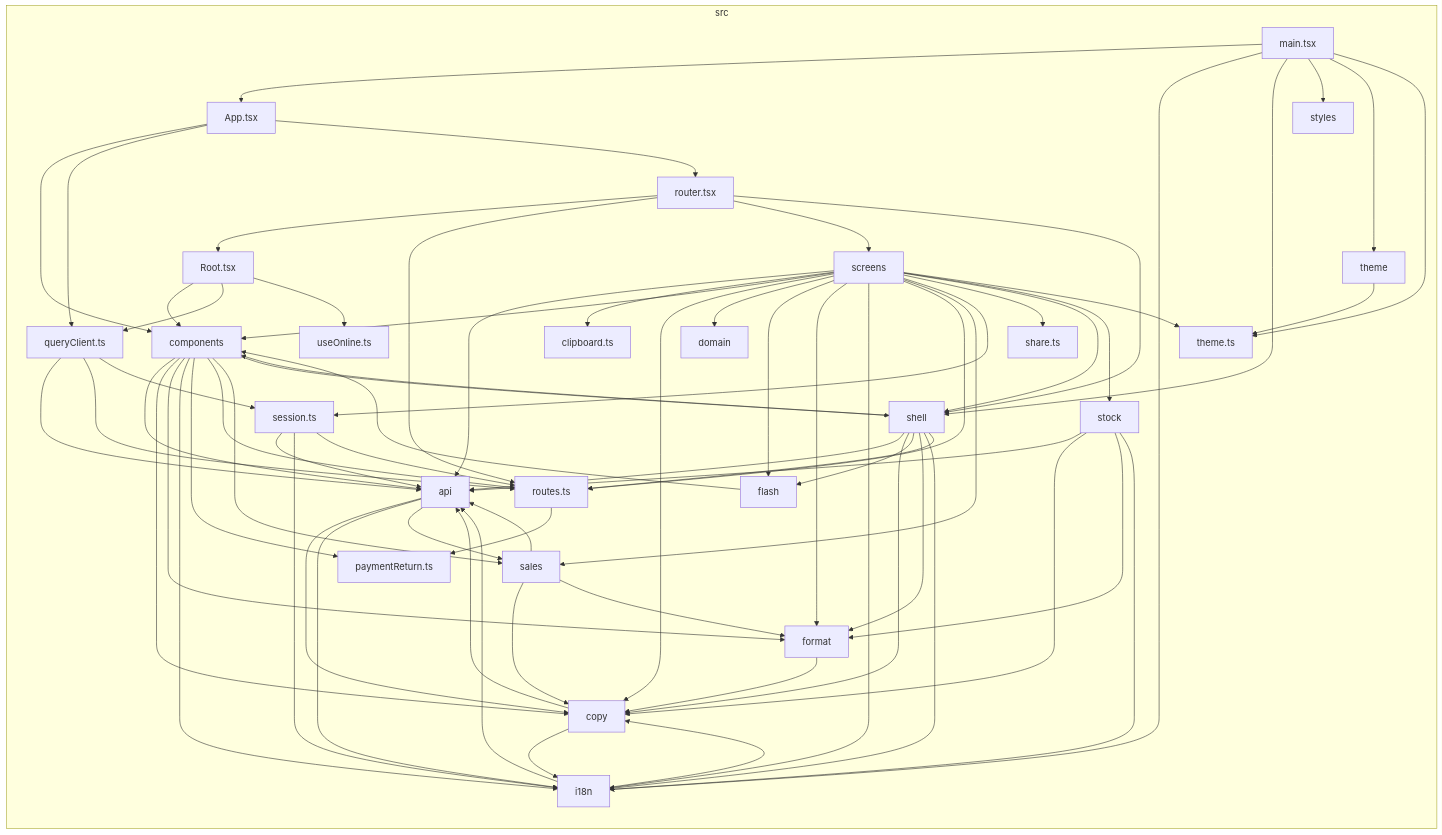
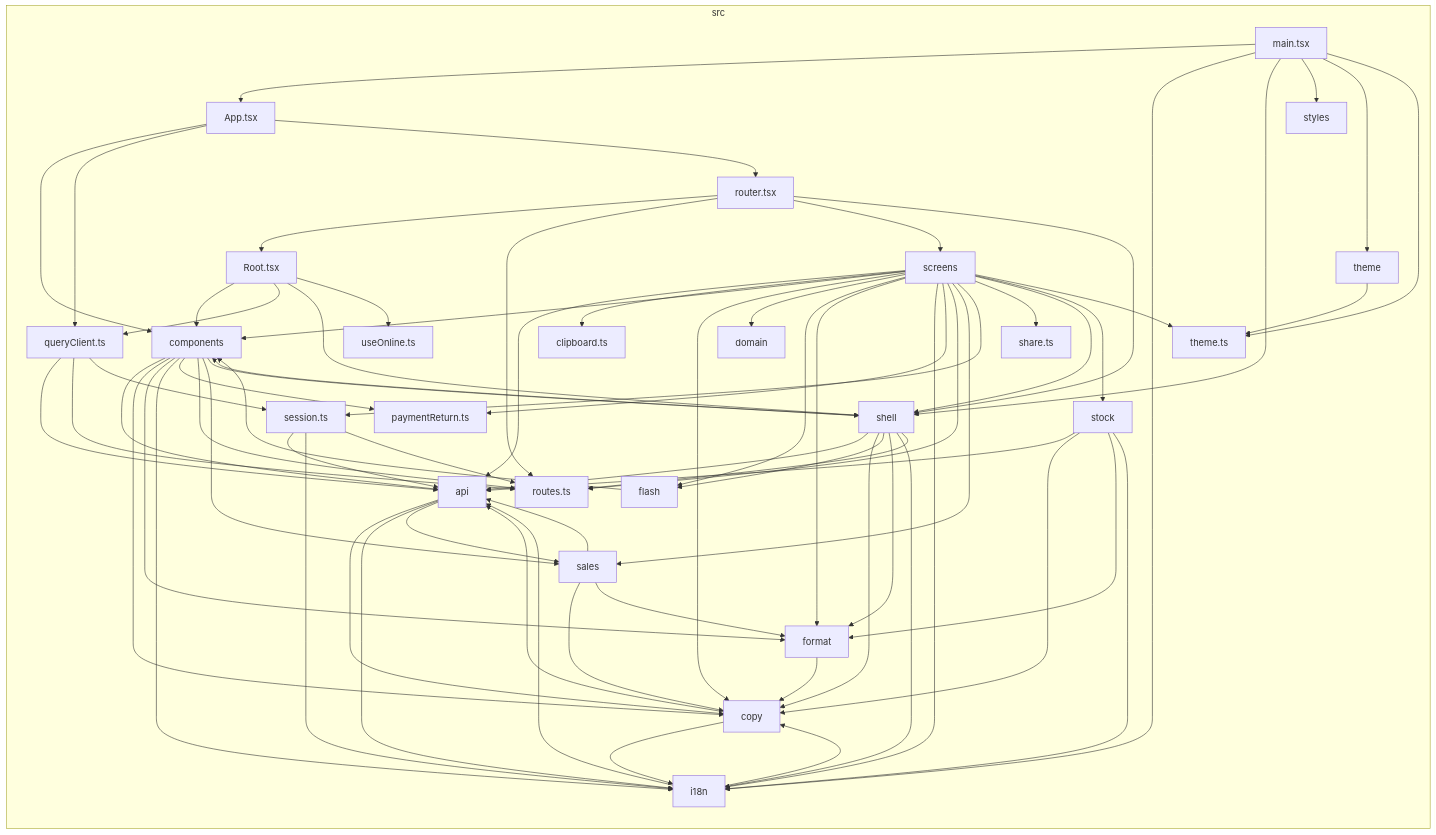
One commit to GonzaloZevallos/apostrophe changed the diagram in docs/architecture/generated/front-modules/overview.md. Above: the diagram before and after it, drawn with Mermaid. The commit also changed 6 other files, not shown here.

```diff
--- a/docs/architecture/generated/front-modules/overview.md
+++ b/docs/architecture/generated/front-modules/overview.md
@@ -38,6 +38,7 @@
 src_App_tsx-->src_router_tsx
 src_Root_tsx-->src_components
 src_Root_tsx-->src_queryClient_ts
+src_Root_tsx-->src_shell
 src_Root_tsx-->src_useOnline_ts
 src_api-->src_copy
 src_api-->src_i18n
@@ -69,7 +70,6 @@
 src_router_tsx-->src_routes_ts
 src_router_tsx-->src_screens
 src_router_tsx-->src_shell
-src_routes_ts-->src_paymentReturn_ts
 src_sales-->src_api
 src_sales-->src_copy
 src_sales-->src_format
@@ -81,6 +81,7 @@
 src_screens-->src_flash
 src_screens-->src_format
 src_screens-->src_i18n
+src_screens-->src_paymentReturn_ts
 src_screens-->src_routes_ts
 src_screens-->src_sales
 src_screens-->src_session_ts
```
